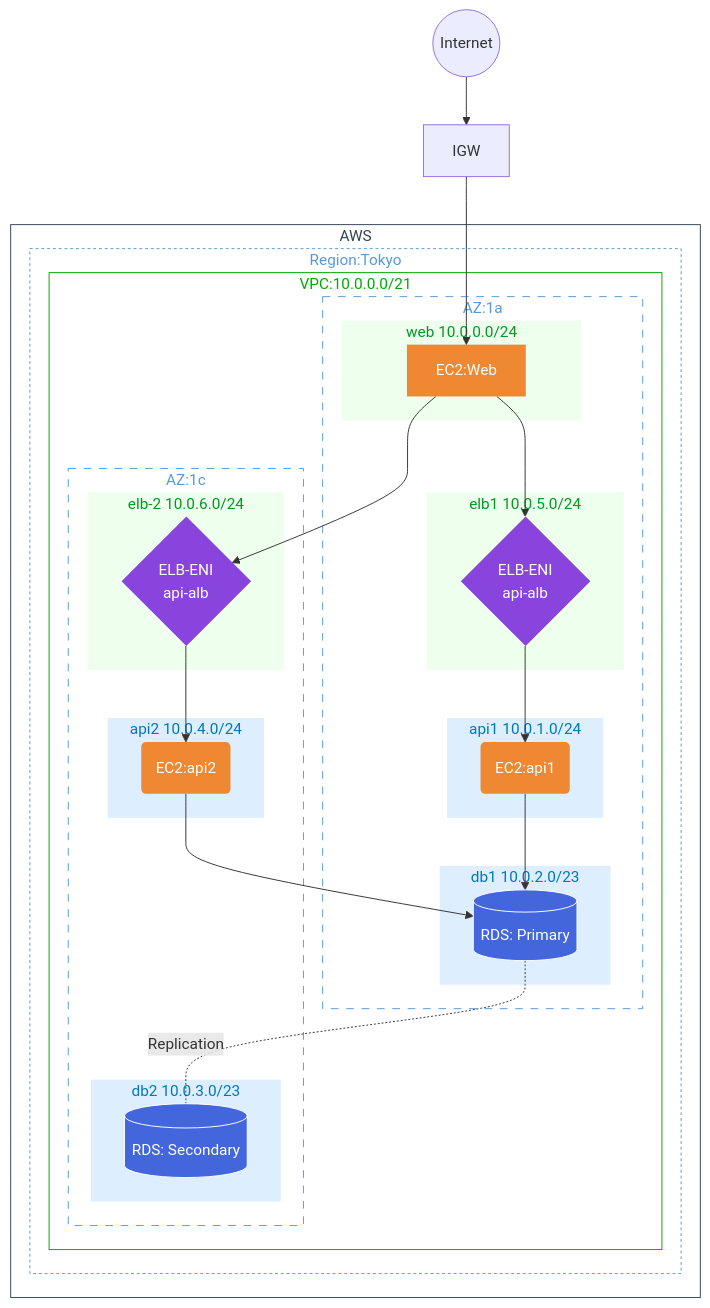
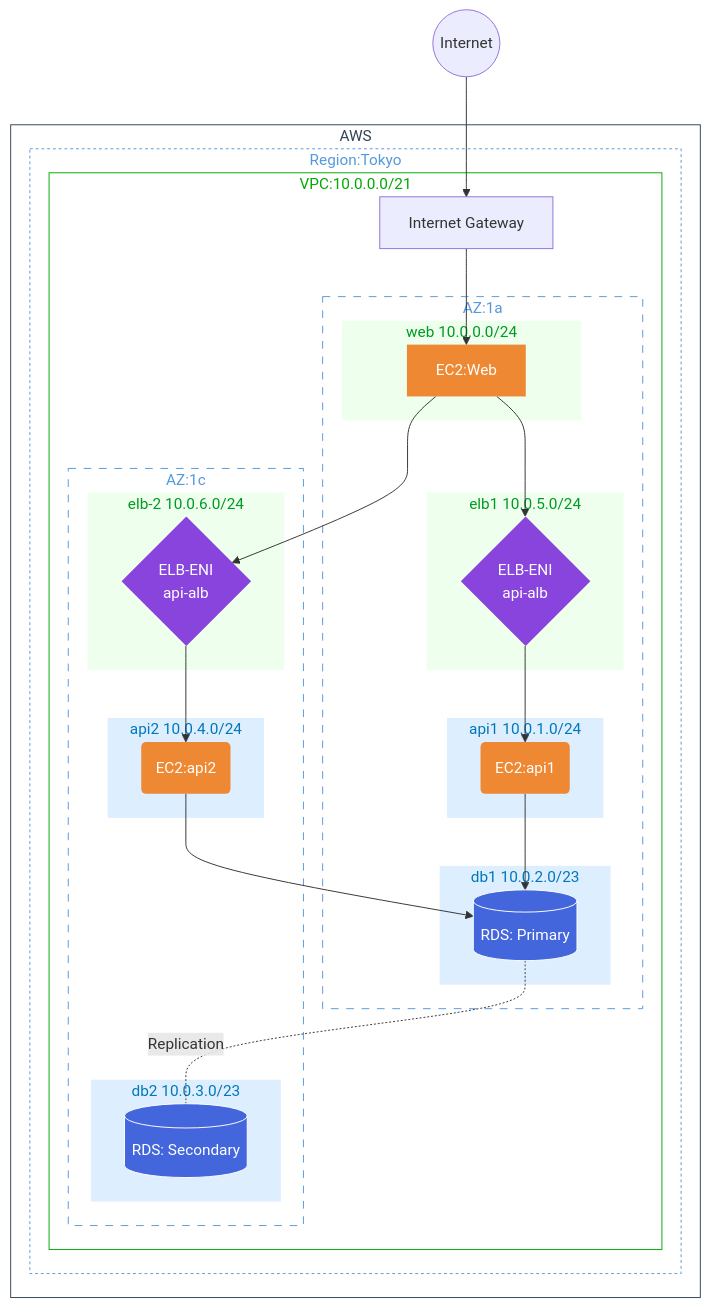
The diagram in README.md (kuma8088/ct_sprints_iimura), drawn with Mermaid before and after one commit.

Commit message:
Mermaid update

```diff
--- a/README.md
+++ b/README.md
@@ -16,12 +16,12 @@
 flowchart TB
 %%外部要素のUser
 INET((Internet))
-IGW[IGW]
 
 %%グループとサービス
 subgraph GC[AWS]
   subgraph GR[Region:Tokyo]
     subgraph GV[VPC:10.0.0.0/21]
+      IGW[Internet Gateway]
       subgraph GA[AZ:1a]
         subgraph GS2[web 10.0.0.0/24]
           CP1[EC2:Web]
@@ -37,7 +37,7 @@
           DB1[("RDS: Primary")]
         end
       end
-     subgraph GB[AZ:1c]
+      subgraph GB[AZ:1c]
         subgraph GS6[elb-2 10.0.6.0/24]
           NW2{ELB-ENI<br>api-alb}
         end
```
